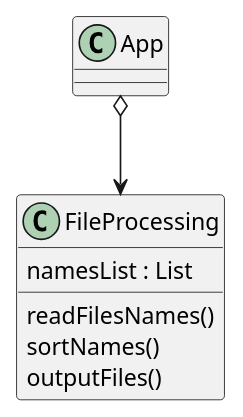
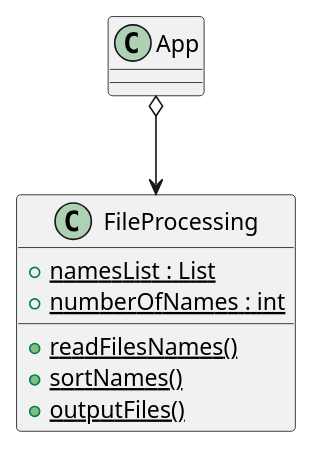
The diagram in docs/ex41.puml (Melisac105/cabrera-cop3330-assignment3), drawn with PlantUML before and after one commit. The commit also changed 30 other files, not shown here.

Commit message:
Adds uml files and fixes tests

```diff
--- a/docs/ex41.puml
+++ b/docs/ex41.puml
@@ -1,18 +1,19 @@
 @startuml
 
 class App {}
 
 class FileProcessing {
-    namesList : List
+    +{static}namesList : List
+    +{static}numberOfNames : int
 
-    readFilesNames()
-    sortNames()
-    outputFiles()
+    +{static}readFilesNames()
+    +{static}sortNames()
+    +{static}outputFiles()
 }
 
 App o--> FileProcessing
 
 
 
 
 @enduml
```
